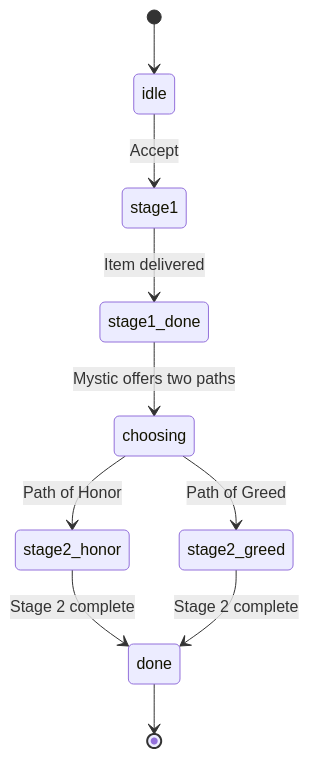
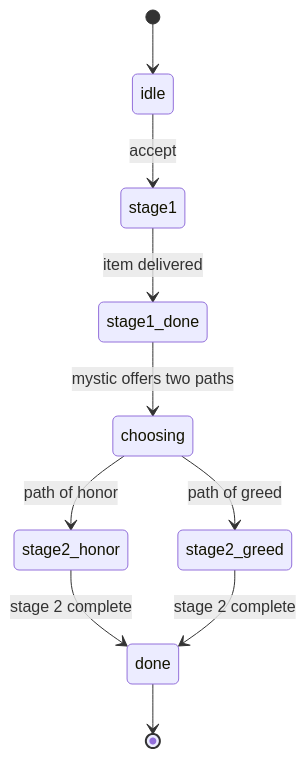
Before and after one commit to wachi35676/Agentic-Quest-Generator: diagram 11 of 14 in README.md, drawn with Mermaid. The commit also changed other lines of this file, not shown here.

````diff
--- a/README.md
+++ b/README.md
@@ -374,12 +517,12 @@
 ```mermaid
 stateDiagram-v2
     [*] --> idle
-    idle --> stage1 : Accept
-    stage1 --> stage1_done : Item delivered
-    stage1_done --> choosing : Mystic offers two paths
-    choosing --> stage2_honor : Path of Honor
-    choosing --> stage2_greed : Path of Greed
-    stage2_honor --> done : Stage 2 complete
-    stage2_greed --> done : Stage 2 complete
+    idle --> stage1 : accept
+    stage1 --> stage1_done : item delivered
+    stage1_done --> choosing : mystic offers two paths
+    choosing --> stage2_honor : path of honor
+    choosing --> stage2_greed : path of greed
+    stage2_honor --> done : stage 2 complete
+    stage2_greed --> done : stage 2 complete
     done --> [*]
 ```
````
